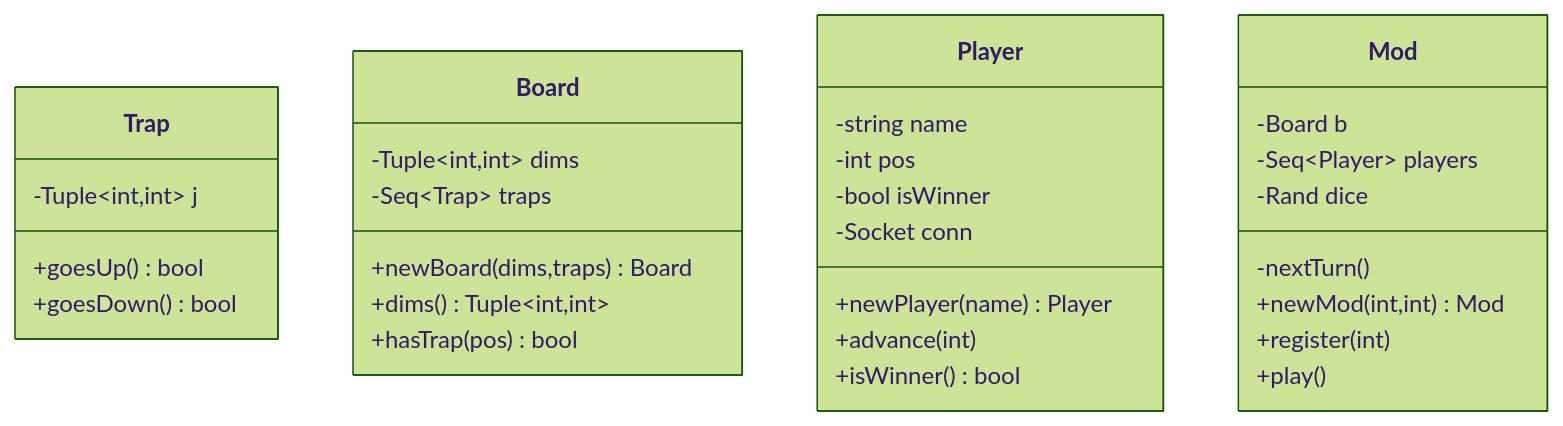
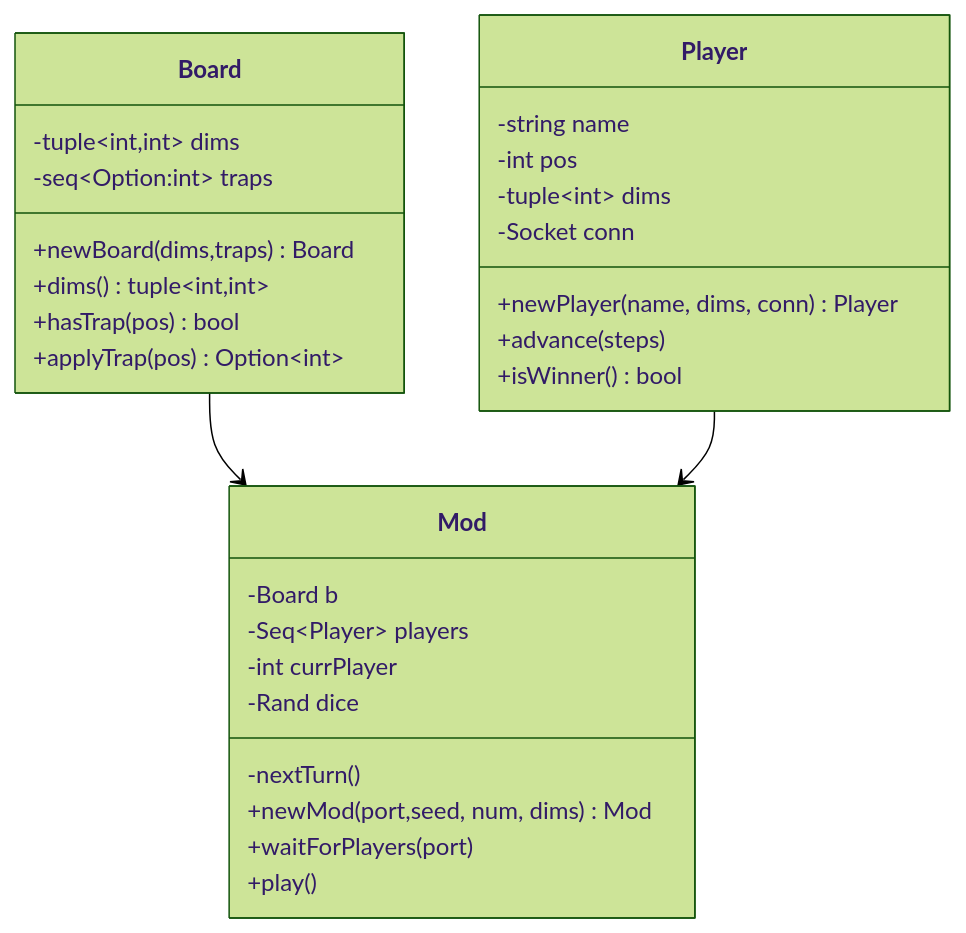
One commit to QuirozE/uix changed the first of 2 diagrams in hw/snakes_ladders/snl/README.org. Above: the diagram before and after it, drawn with Mermaid (forest theme). The commit also changed other lines of this file and 2 other files, not shown here.

Commit message:
Adding modifications to README

```diff
--- a/hw/snakes_ladders/snl/README.org
+++ b/hw/snakes_ladders/snl/README.org
@@ -17,37 +17,35 @@
 #+begin_src mermaid :file imgs/mod_class.png
 classDiagram
-
-  class Trap {
-    -Tuple~int,int~ j
-    +goesUp() bool
-    +goesDown() bool
-  }
-
   class Board {
-    -Tuple~int,int~ dims
-    -Seq~Trap~ traps
+    -tuple~int,int~ dims
+    -seq~Option:int~ traps
     +newBoard(dims,traps) Board
-    +dims() Tuple~int,int~
+    +dims() tuple~int,int~
     +hasTrap(pos) bool
+    +applyTrap(pos) Option~int~
   }
 
   class Player {
     -string name
     -int pos
-    -bool isWinner
+    -tuple~int~ dims
     -Socket conn
-    +newPlayer(name) Player
-    +advance(int)
+    +newPlayer(name, dims, conn) Player
+    +advance(steps)
     +isWinner() bool
   }
 
   class Mod {
     -Board b
     -Seq~Player~ players
+    -int currPlayer
     -Rand dice
     -nextTurn()
-    +newMod(int,int) Mod
-    +register(int)
+    +newMod(port,seed, num, dims) Mod
+    +waitForPlayers(port)
     +play()
   }
+
+  Board --> Mod
+  Player --> Mod
 #+end_src
```
